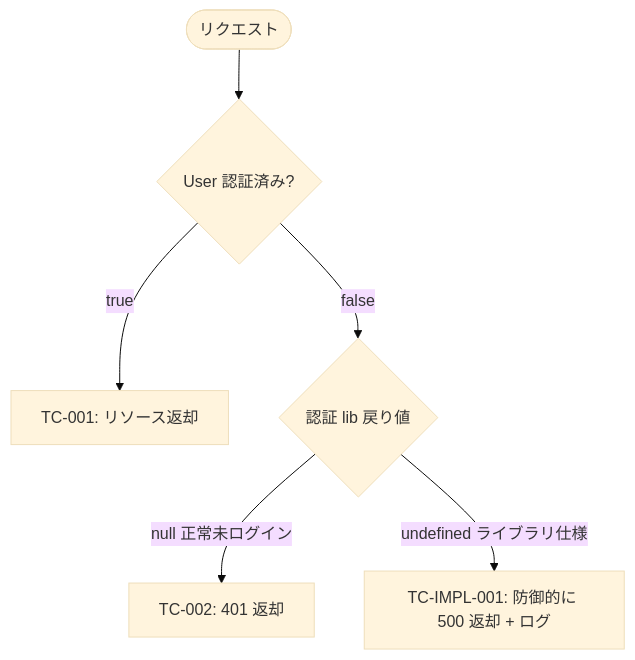
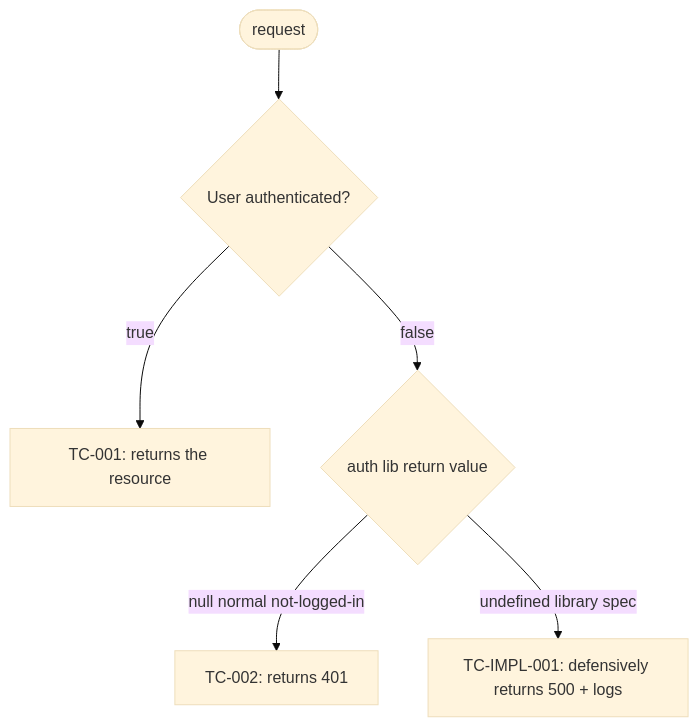
The fifth of 5 diagrams in plugins/dev-workflow/skills/share-artifacts/references/qa-flow.md (totto2727-org/monorepo), drawn with Mermaid (base theme) before and after one commit. The commit also changed other lines of this file and 37 other files, not shown here.

````diff
--- a/plugins/dev-workflow/skills/share-artifacts/references/qa-flow.md
+++ b/plugins/dev-workflow/skills/share-artifacts/references/qa-flow.md
@@ -195,8 +195,8 @@
 ```mermaid
 flowchart TD
-  Start([リクエスト]) --> Auth{User 認証済み?}
-  Auth -->|true| TC1[TC-001: リソース返却]
-  Auth -->|false| Q2{認証 lib 戻り値}
-  Q2 -->|null 正常未ログイン| TC2[TC-002: 401 返却]
-  Q2 -->|undefined ライブラリ仕様| TCimpl1[TC-IMPL-001: 防御的に 500 返却 + ログ]
+  Start([request]) --> Auth{User authenticated?}
+  Auth -->|true| TC1[TC-001: returns the resource]
+  Auth -->|false| Q2{auth lib return value}
+  Q2 -->|null normal not-logged-in| TC2[TC-002: returns 401]
+  Q2 -->|undefined library spec| TCimpl1[TC-IMPL-001: defensively returns 500 + logs]
 ```
````
